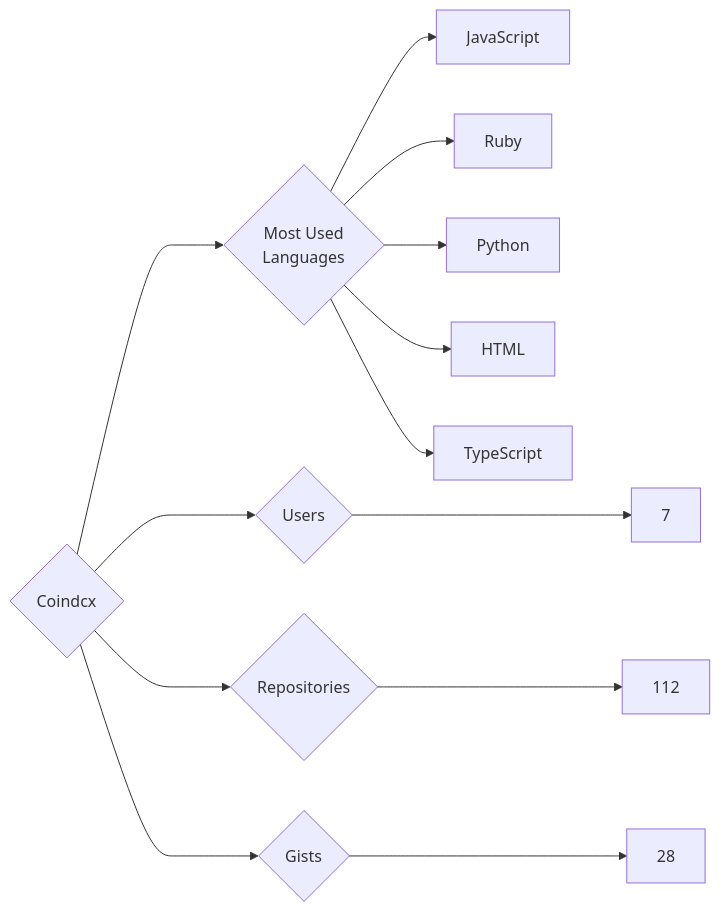
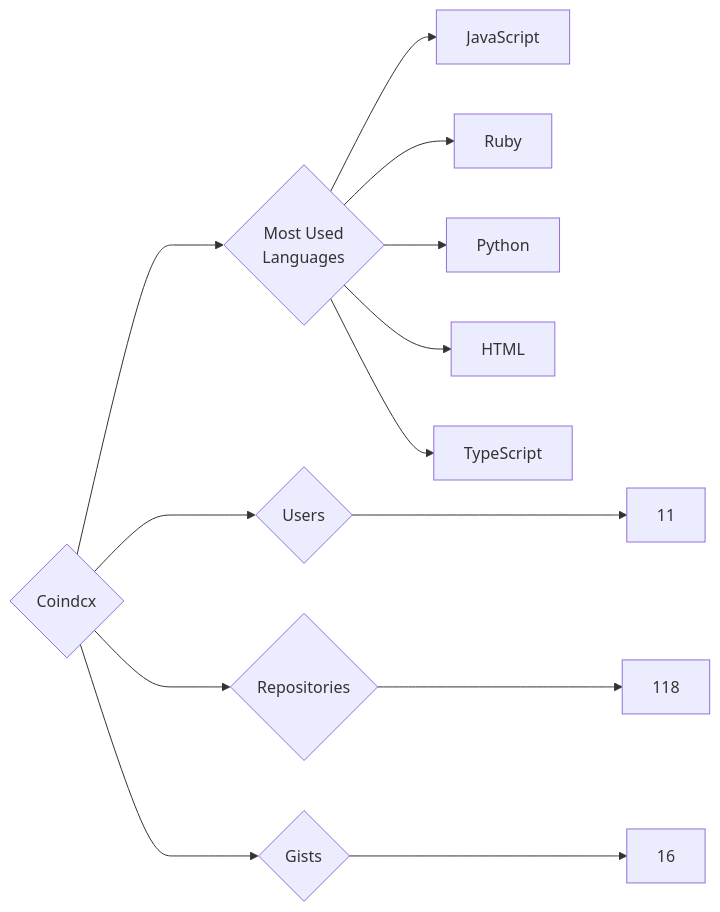
One commit to trickest/insiders changed the diagram in targets/Coindcx/README.md. Above: the diagram before and after it, drawn with Mermaid. The commit also changed 679 other files, not shown here.

````diff
--- a/targets/Coindcx/README.md
+++ b/targets/Coindcx/README.md
@@ -3,13 +3,13 @@
 ```mermaid
 graph LR
 COMPANY_NAME{Coindcx}
-COMPANY_NAME ---> U{Users} ---> UN[7]
-COMPANY_NAME ---> R{Repositories} ---> RN[112]
-COMPANY_NAME ---> G{Gists} ---> GN[28]
+COMPANY_NAME ---> U{Users} ---> UN[11]
+COMPANY_NAME ---> R{Repositories} ---> RN[118]
+COMPANY_NAME ---> G{Gists} ---> GN[16]
 COMPANY_NAME ---> ML{Most Used<br>Languages}
 ML --> JavaScript[JavaScript]
 ML --> Ruby[Ruby]
 ML --> Python[Python]
 ML --> HTML[HTML]
 ML --> TypeScript[TypeScript]
 ```
````
